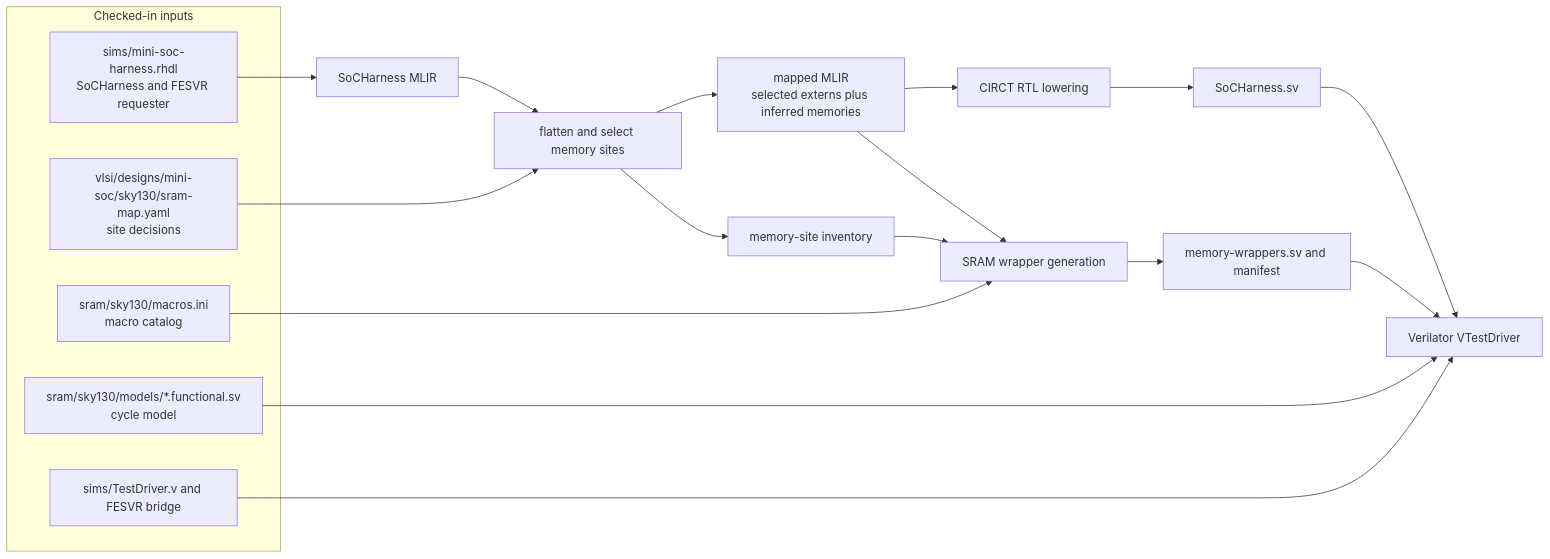
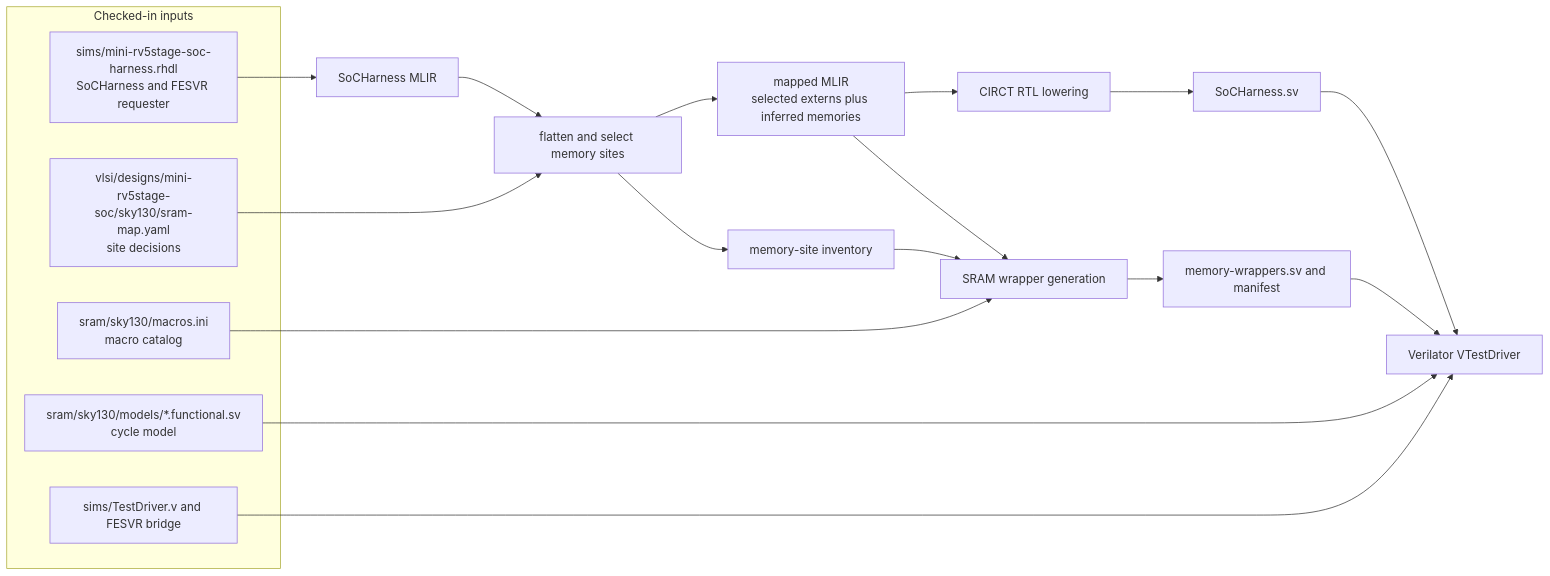
Before and after one commit to jerryz123/rhodium: the diagram in vlsi/sim/README.md, drawn with Mermaid. The commit also changed other lines of this file and 97 other files, not shown here.

````diff
--- a/vlsi/sim/README.md
+++ b/vlsi/sim/README.md
@@ -17,26 +17,26 @@
 ```mermaid
 flowchart LR
   subgraph CheckedIn["Checked-in inputs"]
-    Harness["sims/mini-soc-harness.rhdl<br/>SoCHarness and FESVR requester"]
-    Policy["vlsi/designs/mini-soc/sky130/sram-map.yaml<br/>site decisions"]
+    Harness["sims/mini-rv5stage-soc-harness.rhdl<br/>SoCHarness and FESVR requester"]
+    Policy["vlsi/designs/mini-rv5stage-soc/sky130/sram-map.yaml<br/>site decisions"]
     Catalog["sram/sky130/macros.ini<br/>macro catalog"]
     Model["sram/sky130/models/*.functional.sv<br/>cycle model"]
     Driver["sims/TestDriver.v and FESVR bridge"]
   end
 
   Harness --> MLIR["SoCHarness MLIR"]
   MLIR --> Select["flatten and select memory sites"]
   Policy --> Select
   Select --> MappedMLIR["mapped MLIR<br/>selected externs plus inferred memories"]
   Select --> Inventory["memory-site inventory"]
   MappedMLIR --> Lower["CIRCT RTL lowering"]
   MappedMLIR --> Mapper["SRAM wrapper generation"]
   Inventory --> Mapper
   Catalog --> Mapper
   Lower --> RTL["SoCHarness.sv"]
   Mapper --> Wrappers["memory-wrappers.sv and manifest"]
   RTL --> Verilator["Verilator VTestDriver"]
   Wrappers --> Verilator
   Model --> Verilator
   Driver --> Verilator
 ```
````
